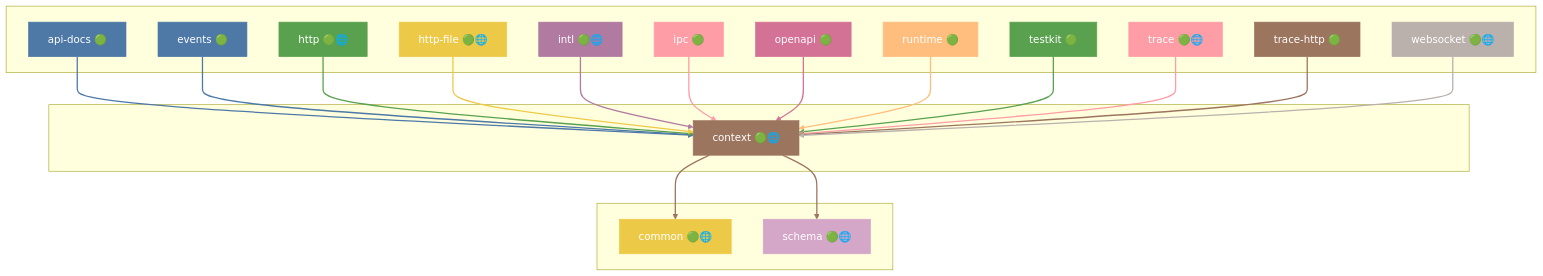
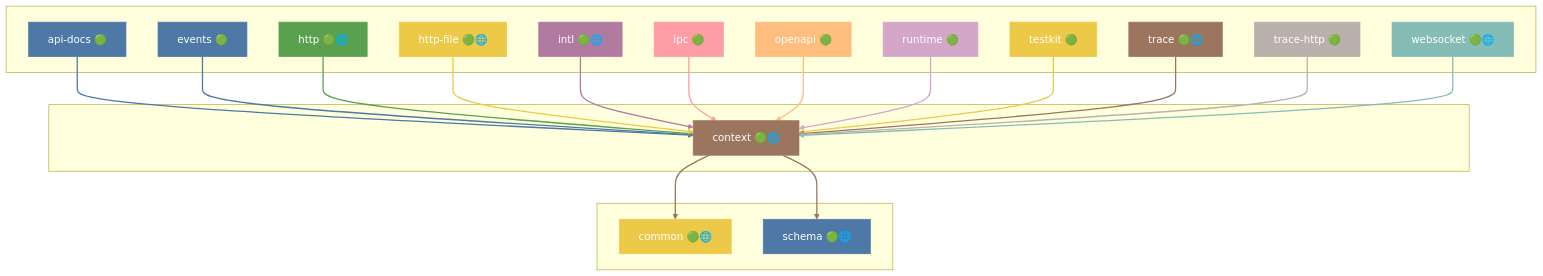
One commit to grest-ts/grest-ts changed the tenth of 48 diagrams in docs/DEPENDENCIES.md. Above: the diagram before and after it, drawn with Mermaid. The commit also changed other lines of this file and 78 other files, not shown here.

````diff
--- a/docs/DEPENDENCIES.md
+++ b/docs/DEPENDENCIES.md
@@ -733,67 +739,67 @@
 ```mermaid
 flowchart TB
     subgraph Dependents[" "]
         api-docs["api-docs 🟢"]
         events["events 🟢"]
         http["http 🟢🌐"]
         http-file["http-file 🟢🌐"]
         intl["intl 🟢🌐"]
         ipc["ipc 🟢"]
         openapi["openapi 🟢"]
         runtime["runtime 🟢"]
         testkit["testkit 🟢"]
         trace["trace 🟢🌐"]
         trace-http["trace-http 🟢"]
         websocket["websocket 🟢🌐"]
     end
     subgraph Package[" "]
         context["context 🟢🌐"]
     end
     subgraph Dependencies[" "]
         common["common 🟢🌐"]
         schema["schema 🟢🌐"]
     end
     api-docs --> context
     events --> context
     http --> context
     http-file --> context
     intl --> context
     ipc --> context
     openapi --> context
     runtime --> context
     testkit --> context
     trace --> context
     trace-http --> context
     websocket --> context
     context --> common
     context --> schema
     style context fill:#9C755F,stroke:#9C755F,color:#fff
     style api-docs fill:#4E79A7,stroke:#4E79A7,color:#fff
     style events fill:#4E79A7,stroke:#4E79A7,color:#fff
     style http fill:#59A14F,stroke:#59A14F,color:#fff
     style http-file fill:#EDC948,stroke:#EDC948,color:#fff
     style intl fill:#B07AA1,stroke:#B07AA1,color:#fff
     style ipc fill:#FF9DA7,stroke:#FF9DA7,color:#fff
-    style openapi fill:#D37295,stroke:#D37295,color:#fff
-    style runtime fill:#FFBE7D,stroke:#FFBE7D,color:#fff
-    style testkit fill:#59A14F,stroke:#59A14F,color:#fff
-    style trace fill:#FF9DA7,stroke:#FF9DA7,color:#fff
-    style trace-http fill:#9C755F,stroke:#9C755F,color:#fff
-    style websocket fill:#BAB0AC,stroke:#BAB0AC,color:#fff
+    style openapi fill:#FFBE7D,stroke:#FFBE7D,color:#fff
+    style runtime fill:#D4A6C8,stroke:#D4A6C8,color:#fff
+    style testkit fill:#EDC948,stroke:#EDC948,color:#fff
+    style trace fill:#9C755F,stroke:#9C755F,color:#fff
+    style trace-http fill:#BAB0AC,stroke:#BAB0AC,color:#fff
+    style websocket fill:#86BCB6,stroke:#86BCB6,color:#fff
     style common fill:#EDC948,stroke:#EDC948,color:#fff
-    style schema fill:#D4A6C8,stroke:#D4A6C8,color:#fff
+    style schema fill:#4E79A7,stroke:#4E79A7,color:#fff
     linkStyle 0 stroke:#4E79A7,stroke-width:2px
     linkStyle 1 stroke:#4E79A7,stroke-width:2px
     linkStyle 2 stroke:#59A14F,stroke-width:2px
     linkStyle 3 stroke:#EDC948,stroke-width:2px
     linkStyle 4 stroke:#B07AA1,stroke-width:2px
     linkStyle 5 stroke:#FF9DA7,stroke-width:2px
-    linkStyle 6 stroke:#D37295,stroke-width:2px
-    linkStyle 7 stroke:#FFBE7D,stroke-width:2px
-    linkStyle 8 stroke:#59A14F,stroke-width:2px
-    linkStyle 9 stroke:#FF9DA7,stroke-width:2px
-    linkStyle 10 stroke:#9C755F,stroke-width:2px
-    linkStyle 11 stroke:#BAB0AC,stroke-width:2px
+    linkStyle 6 stroke:#FFBE7D,stroke-width:2px
+    linkStyle 7 stroke:#D4A6C8,stroke-width:2px
+    linkStyle 8 stroke:#EDC948,stroke-width:2px
+    linkStyle 9 stroke:#9C755F,stroke-width:2px
+    linkStyle 10 stroke:#BAB0AC,stroke-width:2px
+    linkStyle 11 stroke:#86BCB6,stroke-width:2px
     linkStyle 12 stroke:#9C755F,stroke-width:2px
     linkStyle 13 stroke:#9C755F,stroke-width:2px
 ```
````
